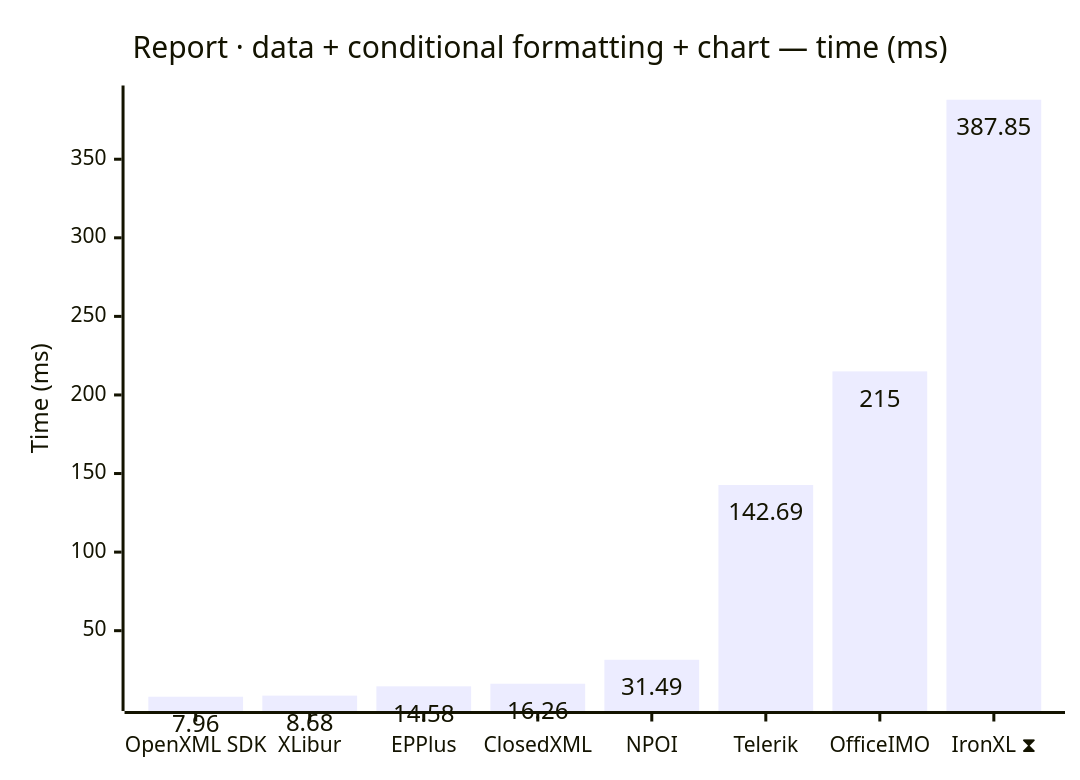
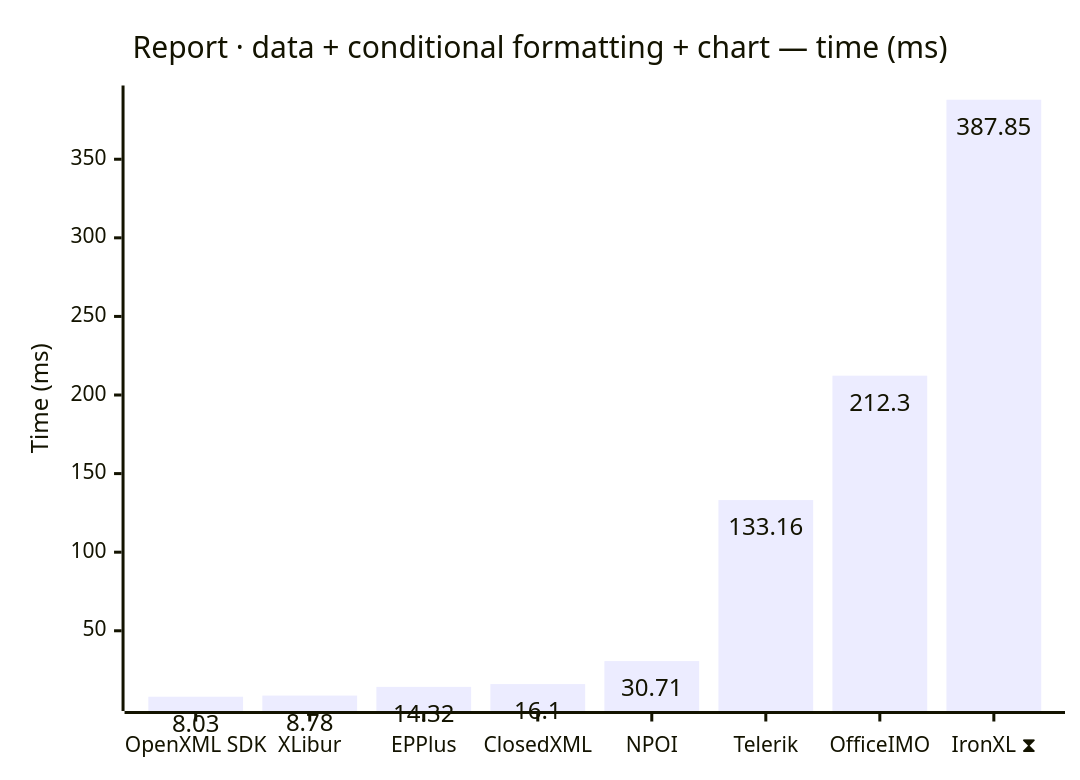
The seventh of 12 diagrams in docs/results.md (jafin/XLBench), drawn with Mermaid before and after one commit. The commit also changed other lines of this file and 4 other files, not shown here.

````diff
--- a/docs/results.md
+++ b/docs/results.md
@@ -120,12 +120,12 @@
 ```mermaid
 ---
 config:
   xyChart:
     showDataLabel: true
 ---
 xychart-beta
     title "Report · data + conditional formatting + chart — time (ms)"
     x-axis ["OpenXML SDK", "XLibur", "EPPlus", "ClosedXML", "NPOI", "Telerik", "OfficeIMO", "IronXL ⧗"]
     y-axis "Time (ms)"
-    bar [7.96, 8.68, 14.58, 16.26, 31.49, 142.69, 215, 387.85]
+    bar [8.03, 8.78, 14.32, 16.1, 30.71, 133.16, 212.3, 387.85]
 ```
````
